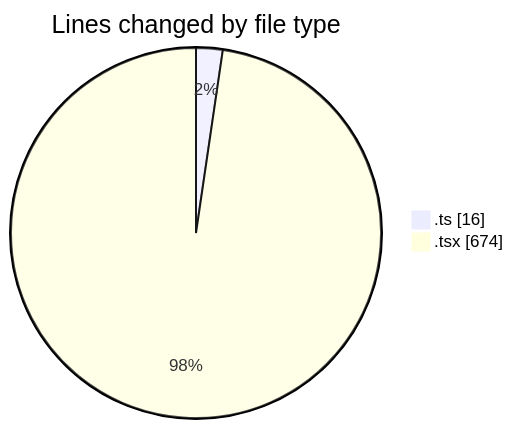
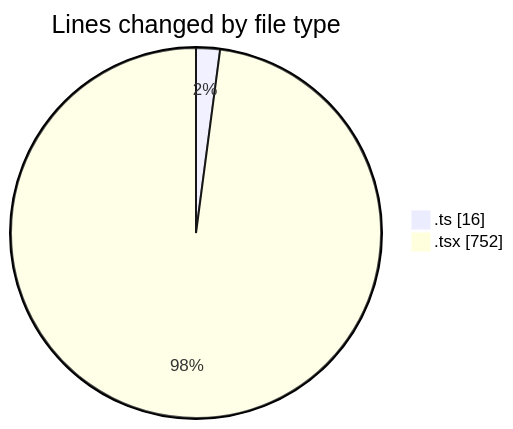
One commit to nxtqubesakshisongat/code-tracking changed the first of 2 diagrams in 2026-04-15/airfeed-analytics-dashboard/README.md. Above: the diagram before and after it, drawn with Mermaid. The commit also changed other lines of this file and 1 other file, not shown here.

````diff
--- a/2026-04-15/airfeed-analytics-dashboard/README.md
+++ b/2026-04-15/airfeed-analytics-dashboard/README.md
@@ -27,6 +27,6 @@
 ```mermaid
 pie showData
 title Lines changed by file type
 ".ts" : 16
-".tsx" : 674
+".tsx" : 752
 ```
````
